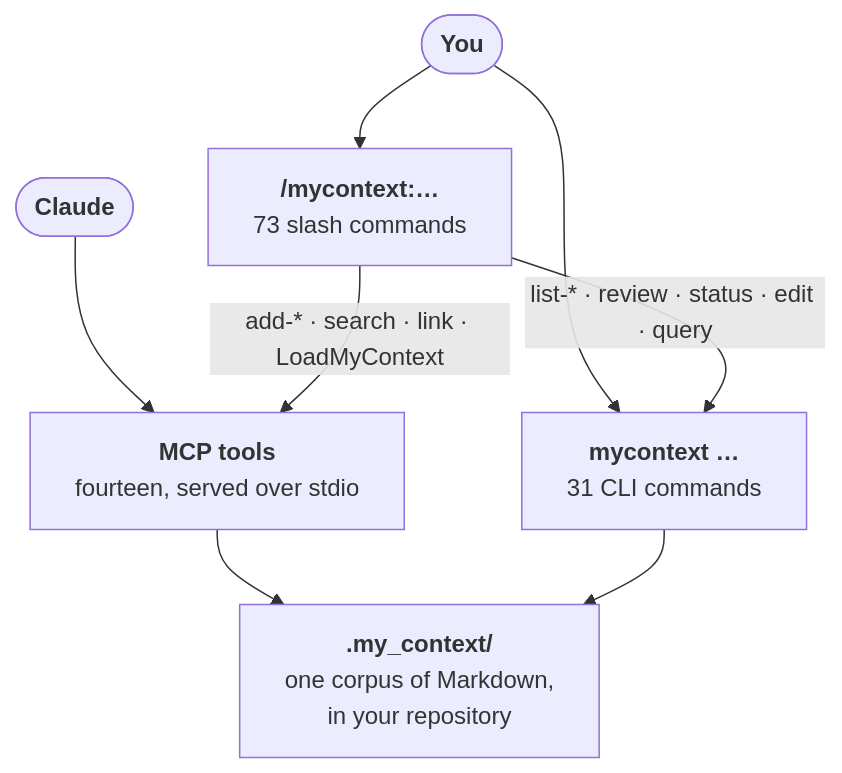
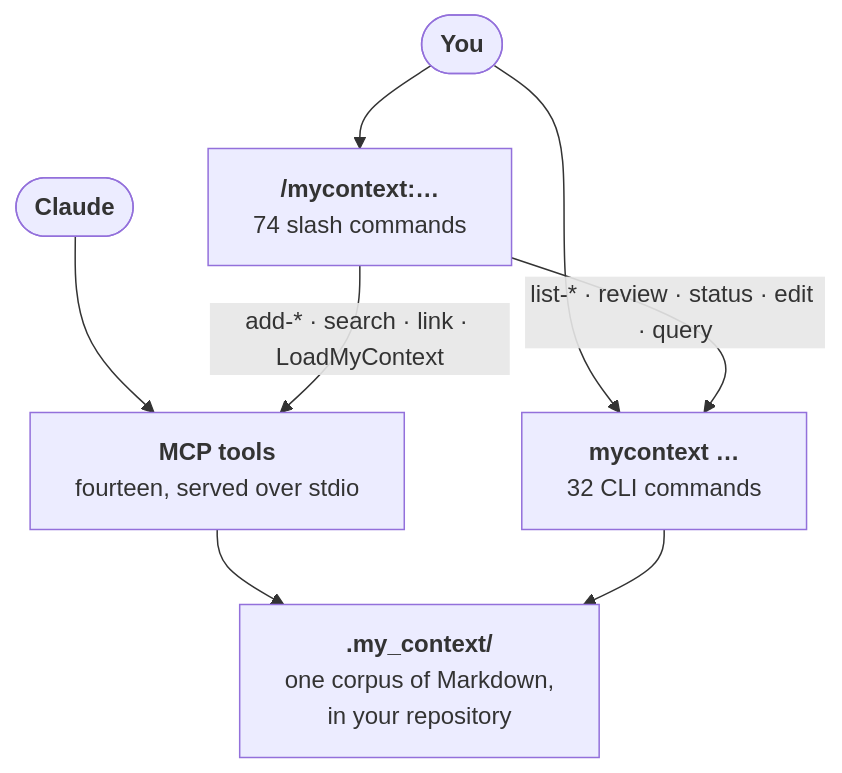
Before and after one commit to Dudi-Bar-On/my-context: the fourth of 5 diagrams in README.md, drawn with Mermaid. The commit also changed other lines of this file and 13 other files, not shown here.

````diff
--- a/README.md
+++ b/README.md
@@ -1769,10 +1769,10 @@
 ```mermaid
 flowchart TB
-  U(["<b>You</b>"]) --> SL["<b>/mycontext:…</b><br/>73 slash commands"]
-  U --> CL["<b>mycontext …</b><br/>31 CLI commands"]
+  U(["<b>You</b>"]) --> SL["<b>/mycontext:…</b><br/>74 slash commands"]
+  U --> CL["<b>mycontext …</b><br/>32 CLI commands"]
   A(["<b>Claude</b>"]) --> TL["<b>MCP tools</b><br/>fourteen, served over stdio"]
   SL -->|"add-* · search · link · LoadMyContext"| TL
   SL -->|"list-* · review · status · edit · query"| CL
   TL --> CO["<b>.my_context/</b><br/>one corpus of Markdown,<br/>in your repository"]
   CL --> CO
 ```
````
